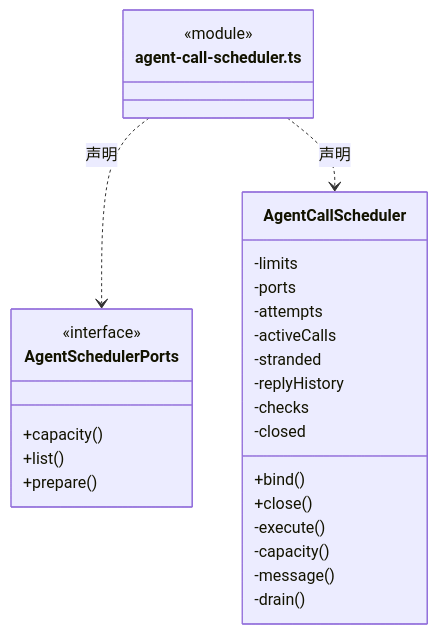
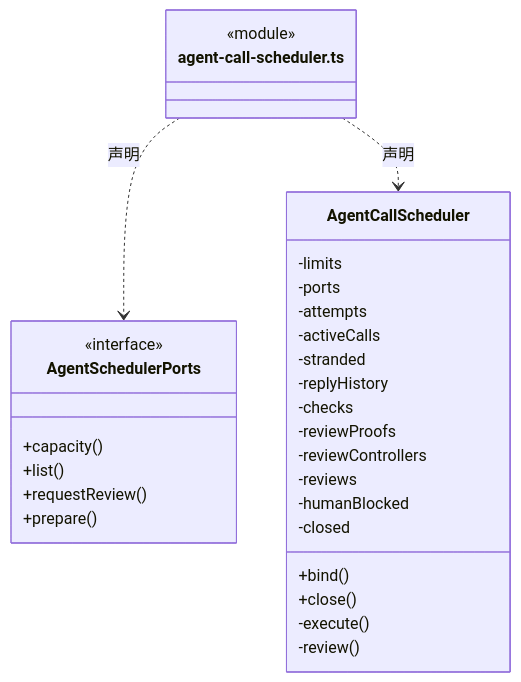
One commit to nan023062/cbim changed the first of 9 diagrams in src/logic/execution/assembly/ARCHITECTURE.md. Above: the diagram before and after it, drawn with Mermaid. The commit also changed other lines of this file and 11 other files, not shown here.

Commit message:
feat: migrate human decisions to Agent result reviews (#94)

````diff
--- a/src/logic/execution/assembly/ARCHITECTURE.md
+++ b/src/logic/execution/assembly/ARCHITECTURE.md
@@ -23,30 +25,33 @@
 ```mermaid
 classDiagram
 class N_src_logic_execution_assembly_agent_call_scheduler_ts["agent-call-scheduler.ts"] {
   <<module>>
 }
 class N_src_logic_execution_assembly_agent_call_scheduler_ts_AgentSchedulerPorts["AgentSchedulerPorts"] {
   <<interface>>
   +capacity()
   +list()
+  +requestReview()
   +prepare()
 }
 N_src_logic_execution_assembly_agent_call_scheduler_ts ..> N_src_logic_execution_assembly_agent_call_scheduler_ts_AgentSchedulerPorts : 声明
 class N_src_logic_execution_assembly_agent_call_scheduler_ts_AgentCallScheduler["AgentCallScheduler"] {
   +bind()
   +close()
   -limits
   -ports
   -attempts
   -activeCalls
   -stranded
   -replyHistory
   -checks
+  -reviewProofs
+  -reviewControllers
+  -reviews
+  -humanBlocked
   -closed
   -execute()
-  -capacity()
-  -message()
-  -drain()
+  -review()
 }
 N_src_logic_execution_assembly_agent_call_scheduler_ts ..> N_src_logic_execution_assembly_agent_call_scheduler_ts_AgentCallScheduler : 声明
 ```
````
